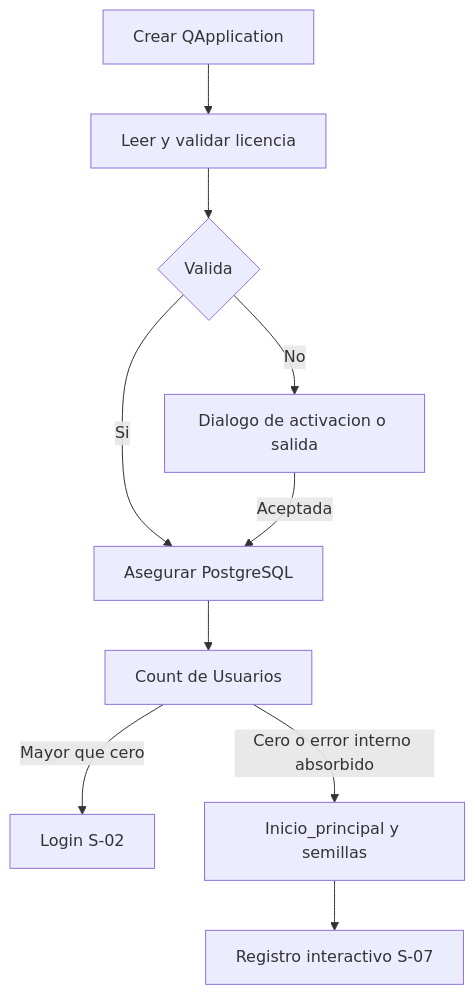
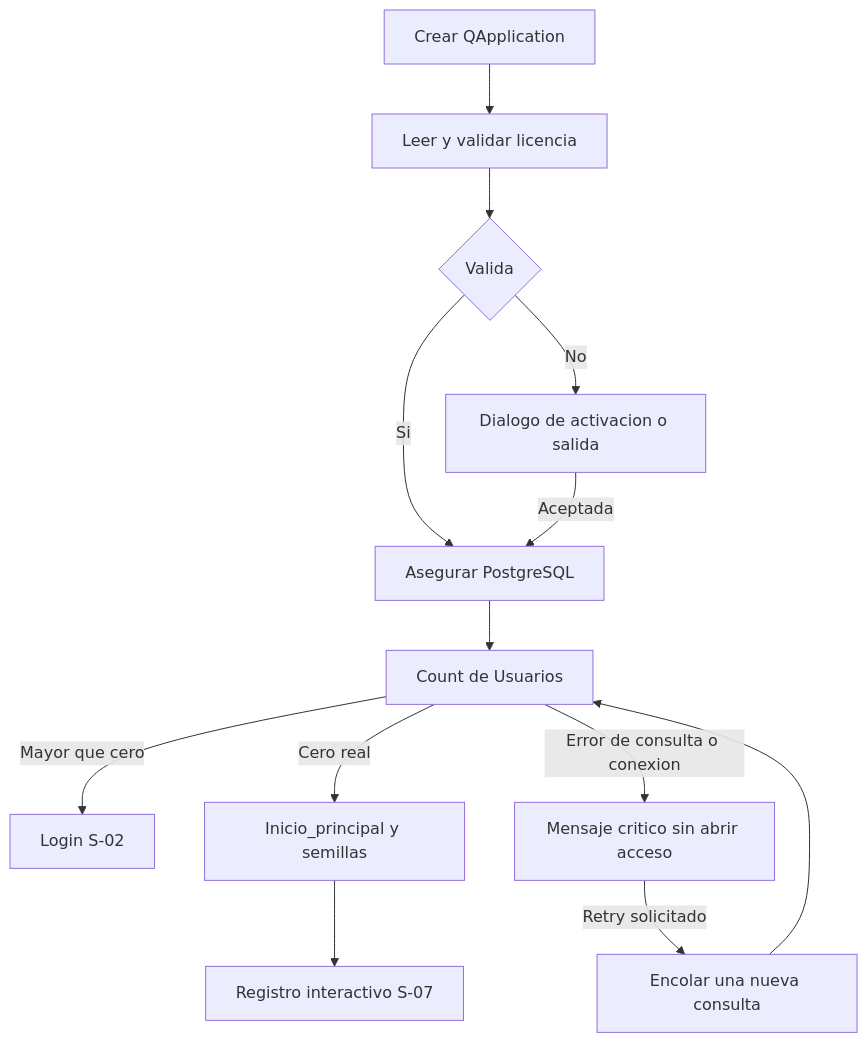
Before and after one commit to LAngelVp/TuleVenta: the first of 5 diagrams in docs/specs/spec-04-clientes-personal-sucursales-y-seguridad.md, drawn with Mermaid. The commit also changed other lines of this file and 14 other files, not shown here.

````diff
--- a/docs/specs/spec-04-clientes-personal-sucursales-y-seguridad.md
+++ b/docs/specs/spec-04-clientes-personal-sucursales-y-seguridad.md
@@ -39,12 +39,15 @@
 ```mermaid
 flowchart TD
     Inicio[Crear QApplication] --> Licencia[Leer y validar licencia]
     Licencia --> Valida{Valida}
     Valida -->|No| Activar[Dialogo de activacion o salida]
     Valida -->|Si| PG[Asegurar PostgreSQL]
     Activar -->|Aceptada| PG
     PG --> Cuenta[Count de Usuarios]
     Cuenta -->|Mayor que cero| Login[Login S-02]
-    Cuenta -->|Cero o error interno absorbido| Bienvenida[Inicio_principal y semillas]
+    Cuenta -->|Cero real| Bienvenida[Inicio_principal y semillas]
+    Cuenta -->|Error de consulta o conexion| Error[Mensaje critico sin abrir acceso]
+    Error -->|Retry solicitado| Reintento[Encolar una nueva consulta]
+    Reintento --> Cuenta
     Bienvenida --> Registro[Registro interactivo S-07]
 ```
````
